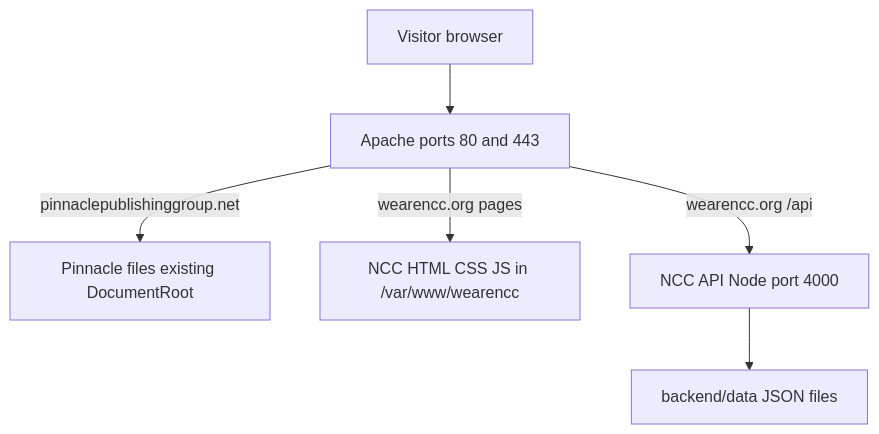
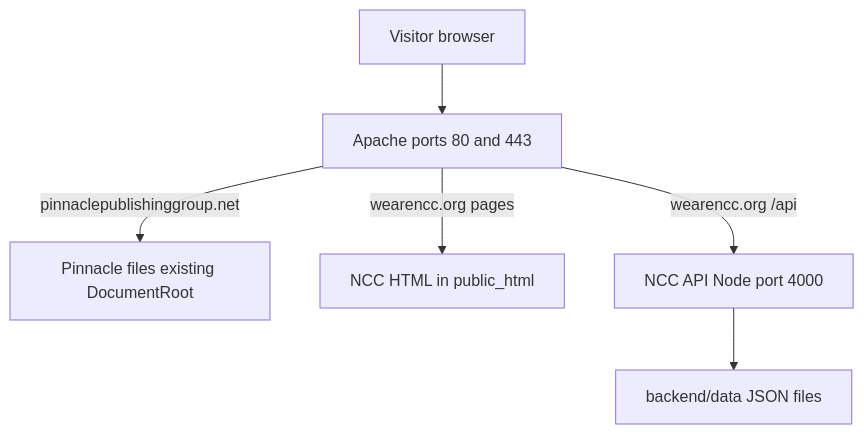
One commit to GemsNS/ncc changed the diagram in docs/deploy-ubuntu-wearencc.md. Above: the diagram before and after it, drawn with Mermaid. The commit also changed other lines of this file and 32 other files, not shown here.

````diff
--- a/docs/deploy-ubuntu-wearencc.md
+++ b/docs/deploy-ubuntu-wearencc.md
@@ -17,15 +20,15 @@
 ```mermaid
 flowchart TB
   visitor[Visitor browser]
   apache[Apache ports 80 and 443]
   pinnacle[Pinnacle files existing DocumentRoot]
-  nccHtml[NCC HTML CSS JS in /var/www/wearencc]
+  nccHtml[NCC HTML in public_html]
   node[NCC API Node port 4000]
   data[backend/data JSON files]
 
   visitor --> apache
   apache -->|pinnaclepublishinggroup.net| pinnacle
   apache -->|wearencc.org pages| nccHtml
   apache -->|wearencc.org /api| node
   node --> data
 ```
````
